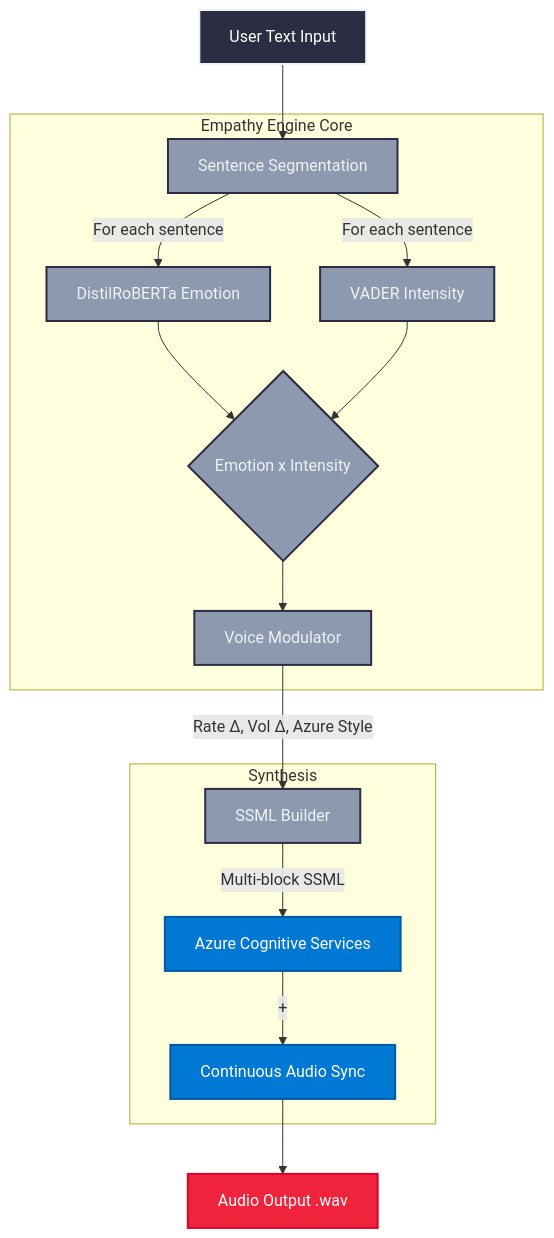
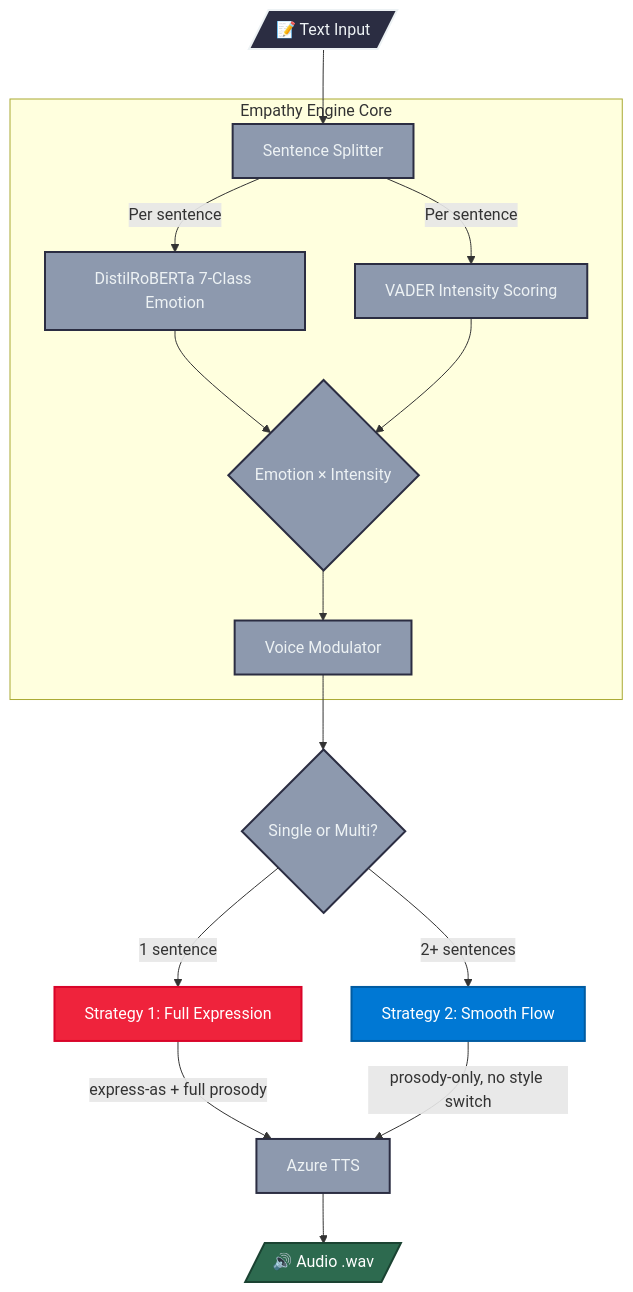
The diagram in README.md (kaustubhdeshmukh11/Empathy_Engine), drawn with Mermaid before and after one commit. The commit also changed other lines of this file and 12 other files, not shown here.

````diff
--- a/README.md
+++ b/README.md
@@ -26,28 +26,27 @@
 ```mermaid
 graph TD
     classDef input fill:#2b2d42,stroke:#edf2f4,stroke-width:2px,color:#edf2f4
     classDef process fill:#8d99ae,stroke:#2b2d42,stroke-width:2px,color:#edf2f4
-    classDef az fill:#0078D4,stroke:#005ba1,stroke-width:2px,color:#ffffff
-    classDef output fill:#ef233c,stroke:#d90429,stroke-width:2px,color:#ffffff
+    classDef single fill:#ef233c,stroke:#d90429,stroke-width:2px,color:#ffffff
+    classDef multi fill:#0078D4,stroke:#005ba1,stroke-width:2px,color:#ffffff
+    classDef output fill:#2d6a4f,stroke:#1b4332,stroke-width:2px,color:#ffffff
 
-    A[User Text Input]:::input --> B[Sentence Segmentation]:::process
+    A[/"📝 Text Input"/]:::input --> B["Sentence Splitter"]:::process
     
     subgraph Empathy Engine Core
-        B -->|For each sentence| C[DistilRoBERTa Emotion]:::process
-        B -->|For each sentence| D[VADER Intensity]:::process
-        C & D --> E{Emotion x Intensity}:::process
-        E --> F[Voice Modulator]:::process
+        B -->|Per sentence| C["DistilRoBERTa 7-Class Emotion"]:::process
+        B -->|Per sentence| D["VADER Intensity Scoring"]:::process
+        C & D --> E{"Emotion × Intensity"}:::process
+        E --> F["Voice Modulator"]:::process
     end
 
-    F -->|Rate Δ, Vol Δ, Azure Style| G[SSML Builder]:::process
+    F --> G{"Single or Multi?"}:::process
     
-    subgraph Synthesis
-        G -->|Multi-block SSML| H[Azure Cognitive Services]:::az
-        H -->|<mstts:express-as> + <prosody>| I[Continuous Audio Sync]:::az
-    end
-
-    I --> J[Audio Output .wav]:::output
+    G -->|"1 sentence"| H["Strategy 1: Full Expression"]:::single
+    G -->|"2+ sentences"| I["Strategy 2: Smooth Flow"]:::multi
     
-    style A color:#fff
-    style J color:#fff
+    H -->|"express-as + full prosody"| J["Azure TTS"]:::process
+    I -->|"prosody-only, no style switch"| J
+    
+    J --> K[/"🔊 Audio .wav"/]:::output
 ```
````
